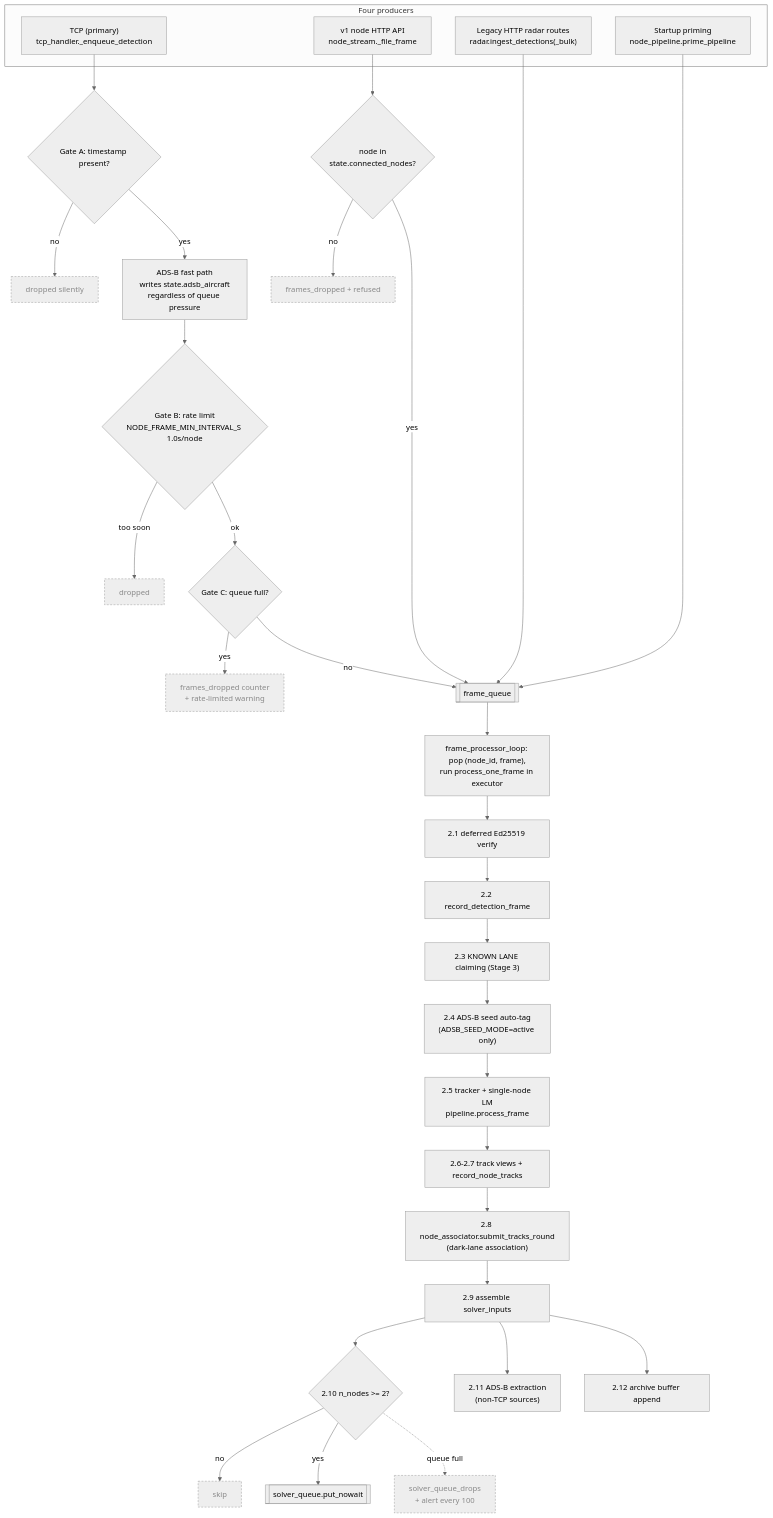
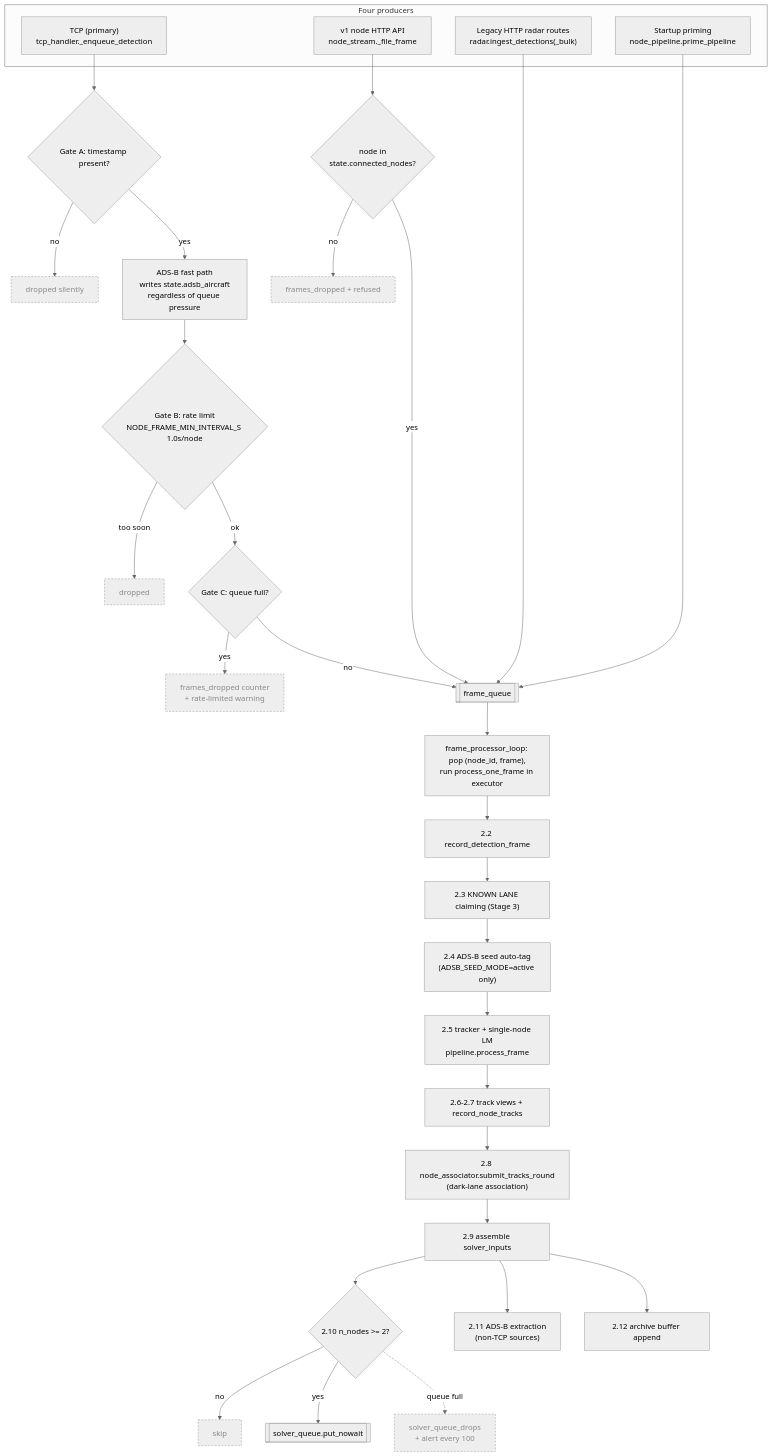
Before and after one commit to offworldlabs/retina-server: the third of 11 diagrams in docs/solverflow.md, drawn with Mermaid (neutral theme). The commit also changed 32 other files, not shown here.

````diff
--- a/docs/solverflow.md
+++ b/docs/solverflow.md
@@ -95,42 +95,41 @@
 ```mermaid
 flowchart TD
     subgraph producers["Four producers"]
         p1["TCP (primary)<br/>tcp_handler._enqueue_detection"]
         p3["v1 node HTTP API<br/>node_stream._file_frame"]
         p4["Legacy HTTP radar routes<br/>radar.ingest_detections(_bulk)"]
         p5["Startup priming<br/>node_pipeline.prime_pipeline"]
     end
 
     p1 --> gA{"Gate A: timestamp present?"}
     gA -->|"no"| dropA["dropped silently"]:::inert
     gA -->|"yes"| adsbfast["ADS-B fast path<br/>writes state.adsb_aircraft<br/>regardless of queue pressure"]
     adsbfast --> gB{"Gate B: rate limit<br/>NODE_FRAME_MIN_INTERVAL_S 1.0s/node"}
     gB -->|"too soon"| dropB["dropped"]:::inert
     gB -->|"ok"| gC{"Gate C: queue full?"}
     gC -->|"yes"| dropC["frames_dropped counter<br/>+ rate-limited warning"]:::inert
     gC -->|"no"| fq[["frame_queue"]]
 
     p3 --> gD{"node in<br/>state.connected_nodes?"}
     gD -->|"no"| dropD["frames_dropped + refused"]:::inert
     gD -->|"yes"| fq
     p4 --> fq
     p5 --> fq
 
     fq --> drain["frame_processor_loop: pop (node_id, frame),<br/>run process_one_frame in executor"]
-    drain --> s21["2.1 deferred Ed25519 verify"]
-    s21 --> s22["2.2 record_detection_frame"]
+    drain --> s22["2.2 record_detection_frame"]
     s22 --> s23["2.3 KNOWN LANE claiming (Stage 3)"]
     s23 --> s24["2.4 ADS-B seed auto-tag<br/>(ADSB_SEED_MODE=active only)"]
     s24 --> s25["2.5 tracker + single-node LM<br/>pipeline.process_frame"]
     s25 --> s26["2.6-2.7 track views + record_node_tracks"]
     s26 --> s28["2.8 node_associator.submit_tracks_round<br/>(dark-lane association)"]
     s28 --> s29["2.9 assemble solver_inputs"]
     s29 --> gE{"2.10 n_nodes >= 2?"}
     gE -->|"no"| skipE["skip"]:::inert
     gE -->|"yes"| sq[["solver_queue.put_nowait"]]
     gE -.->|"queue full"| dropE["solver_queue_drops<br/>+ alert every 100"]:::inert
     s29 --> s211["2.11 ADS-B extraction<br/>(non-TCP sources)"]
     s29 --> s212["2.12 archive buffer append"]
 
     classDef inert fill:#eee,stroke:#999,color:#888,stroke-dasharray: 4 3
 ```
````
